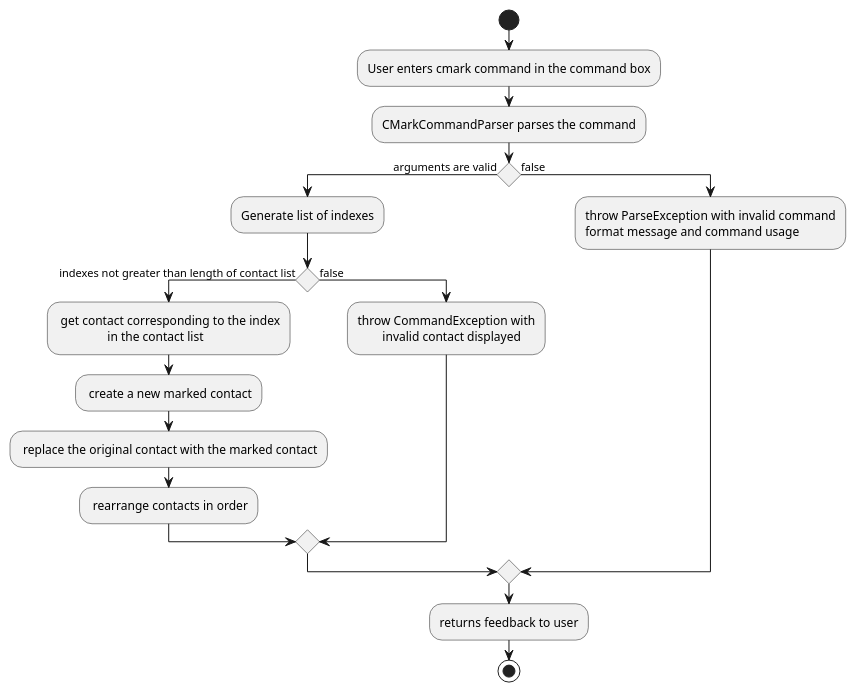
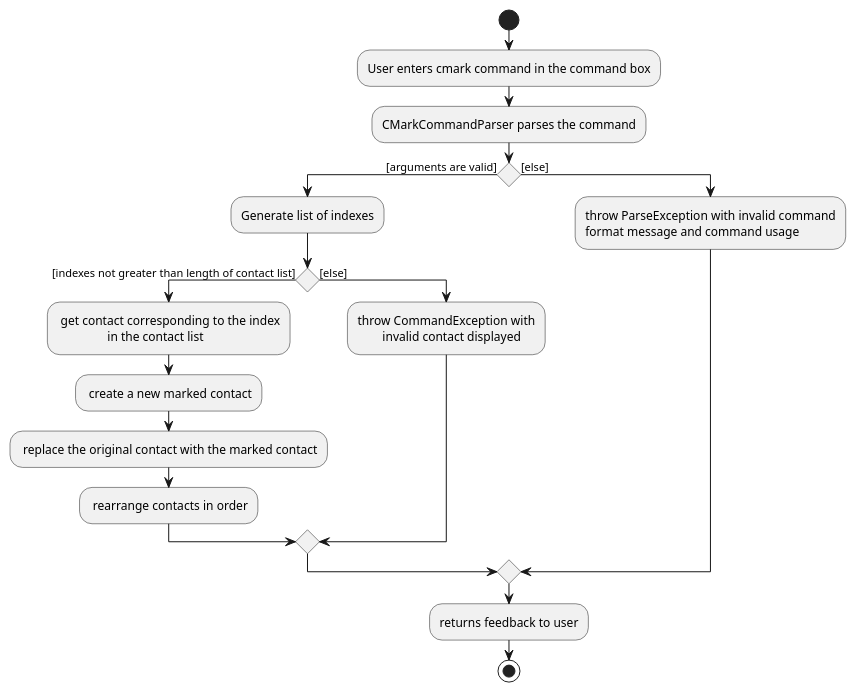
Before and after one commit to xiangjunn/tp: the diagram in docs/diagrams/CMarkActivityDiagram.puml, drawn with PlantUML. The commit also changed 4 other files, not shown here.

Commit message:
update uml diagrams

```diff
--- a/docs/diagrams/CMarkActivityDiagram.puml
+++ b/docs/diagrams/CMarkActivityDiagram.puml
@@ -1,32 +1,32 @@
 @startuml
 'https://plantuml.com/sequence-diagram
 
 start
 :User enters cmark command in the command box;
 :CMarkCommandParser parses the command;
-if () then (arguments are valid)
+if () then ([arguments are valid])
 
     :Generate list of indexes;
 
-    if() then (indexes not greater than length of contact list)
+    if() then ([indexes not greater than length of contact list])
         : get contact corresponding to the index
                         in the contact list;
         : create a new marked contact;
         : replace the original contact with the marked contact;
         : rearrange contacts in order;
 
-    else (false)
+    else ([else])
         :throw CommandException with
                 invalid contact displayed;
     endif
 
-else (false)
+else ([else])
 :throw ParseException with invalid command
 format message and command usage;
 endif
 
 :returns feedback to user;
 
 stop
 
 @enduml
```
